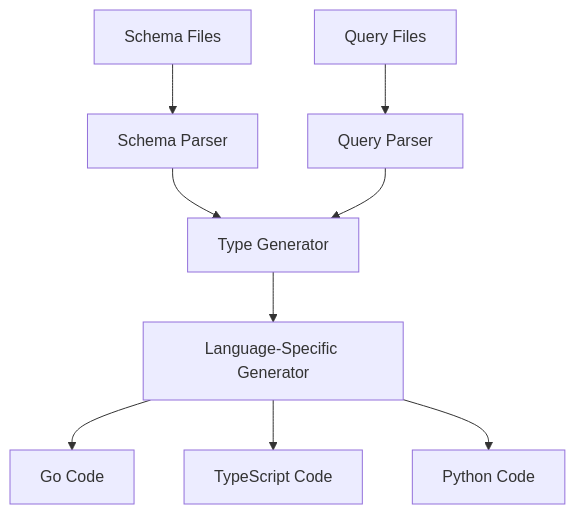
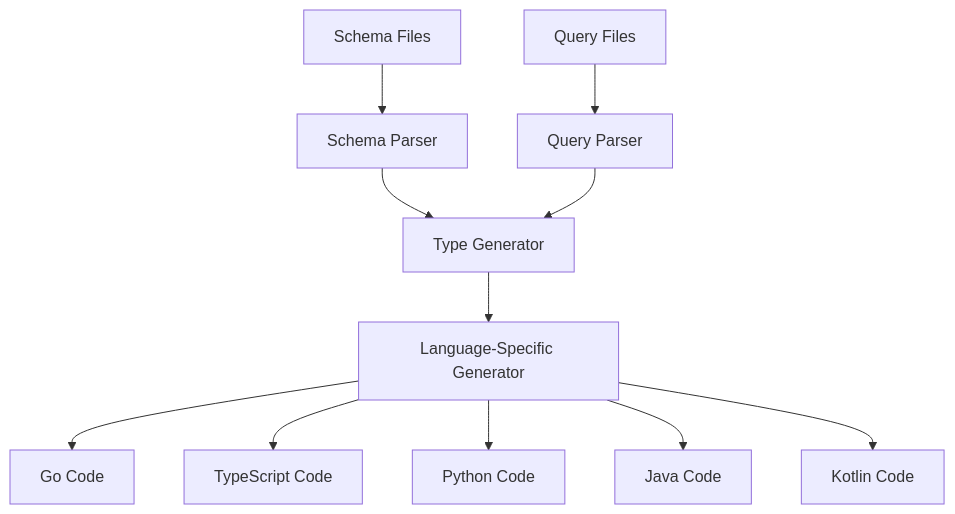
One commit to Lumos-Labs-HQ/flash changed the diagram in docs/concepts/code-generation.md. Above: the diagram before and after it, drawn with Mermaid. The commit also changed other lines of this file and 6 other files, not shown here.

````diff
--- a/docs/concepts/code-generation.md
+++ b/docs/concepts/code-generation.md
@@ -26,11 +28,13 @@
 ```mermaid
 graph TD
     A[Schema Files] --> B[Schema Parser]
     C[Query Files] --> D[Query Parser]
     B --> E[Type Generator]
     D --> E
     E --> F[Language-Specific Generator]
     F --> G[Go Code]
     F --> H[TypeScript Code]
     F --> I[Python Code]
+    F --> J[Java Code]
+    F --> K[Kotlin Code]
 ```
````
